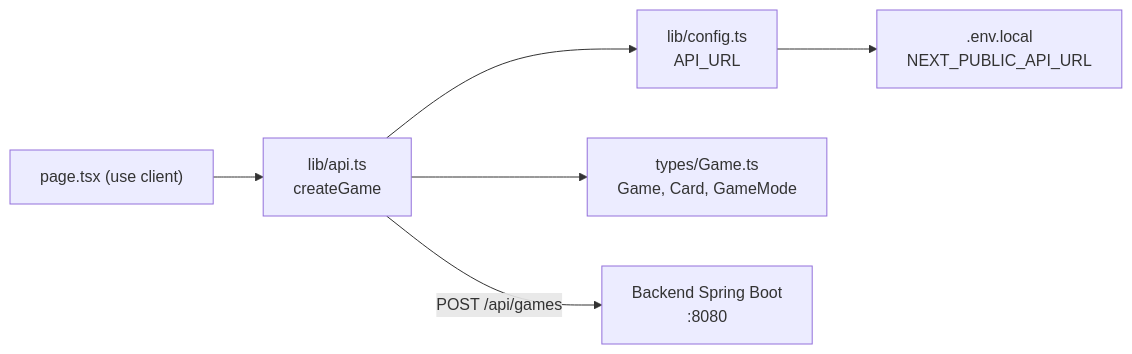
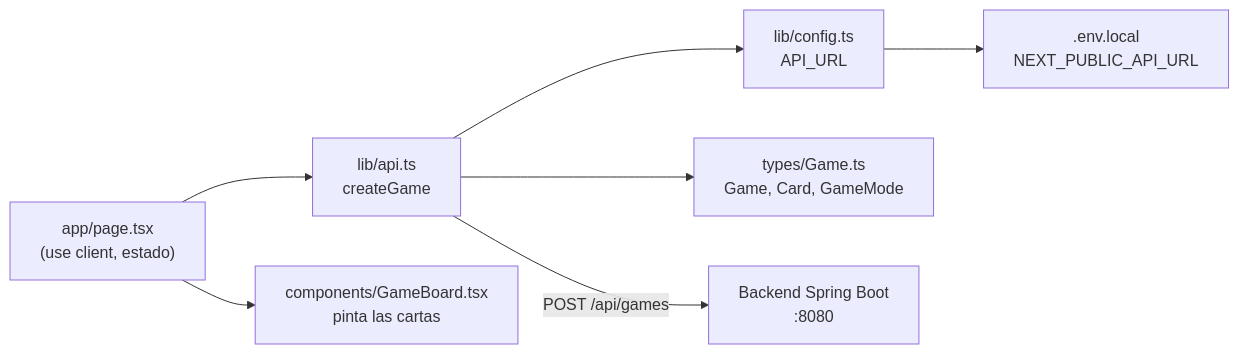
One commit to BryanDZV/PhrasalVerb_FrontEnd changed the first of 3 diagrams in README.md. Above: the diagram before and after it, drawn with Mermaid. The commit also changed other lines of this file, not shown here.

Commit message:
docs: update README with CORS and game board

````diff
--- a/README.md
+++ b/README.md
@@ -86,8 +94,9 @@
 ```mermaid
 flowchart LR
-    page["page.tsx (use client)"] --> api["lib/api.ts<br/>createGame"]
+    page["app/page.tsx<br/>(use client, estado)"] --> api["lib/api.ts<br/>createGame"]
+    page --> board["components/GameBoard.tsx<br/>pinta las cartas"]
     api --> config["lib/config.ts<br/>API_URL"]
     config --> env[".env.local<br/>NEXT_PUBLIC_API_URL"]
     api --> types["types/Game.ts<br/>Game, Card, GameMode"]
     api -->|"POST /api/games"| backend["Backend Spring Boot<br/>:8080"]
 ```
````
